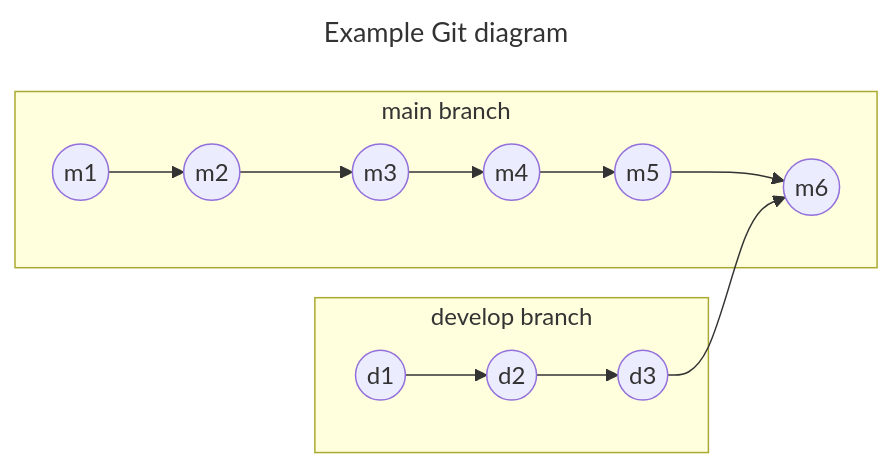
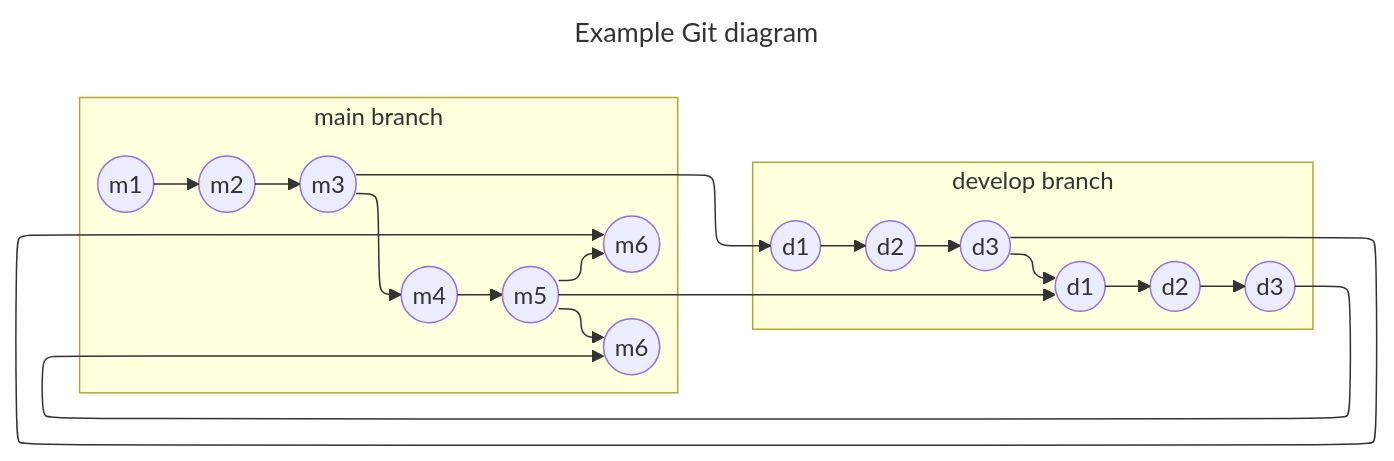
One commit to laurentcarrie/animated-mermaid changed the diagram in doc/src/git-linear-commit.md. Above: the diagram before and after it, drawn with Mermaid. The commit also changed 13 other files, not shown here.

````diff
--- a/doc/src/git-linear-commit.md
+++ b/doc/src/git-linear-commit.md
@@ -19,5 +19,10 @@
 ```mermaid
 ---
+
+config:
+  flowchart:
+    defaultRenderer: elk
+
 title: Example Git diagram
 
 animate-yml-file: git-animate.yml
@@ -33,14 +38,21 @@
     m4 
     m5 
     m6
+    mr6
 end
 
 subgraph develop branch
-    m3 
     d1 
     d2 
     d3
+    dr1
+    dr2
+    dr3
 end
+
+d3 ed3dr1@-->dr1
+
+
 
 m1 em1m2@-->m2
 m2 em2m3@-->m3
@@ -51,7 +63,13 @@
 d1 ed1d2@-->d2
 d2 ed2d3@-->d3
 d3 ed3m6@-->m6
+dr1 edr1dr2@-->dr2
+dr2 edr2dr3@-->dr3
+dr3 edr3mr6@-->mr6
 
+m3 em3d1@-->d1
+m5 em5dr1@-->dr1
+m5 em5mr6@-->mr6
 
 m1((m1)) ;
 m2((m2)) ;
@@ -59,20 +77,28 @@
 m4((m4)) ;
 m5((m5)) ;
 m6((m6)) ;
+mr6((m6)) ;
 
 d1((d1)) ;
 d2((d2)) ;
 d3((d3)) ;
+dr1((d1)) ;
+dr2((d2)) ;
+dr3((d3)) ;
 
-classDef class_on      stroke-width:1px,color:black,stroke:black ;
-classDef class_from    stroke:green,stroke-width:5px,color:black ;
-classDef class_to      stroke:red,stroke-width:5px,color:black ;
-classDef class_off     stroke-width:1px,color:white,stroke:white ;
-classDef class_edge    stroke-width:1px,color:black,stroke:black;
-classDef class_no_edge stroke-width:1px,stroke:white ;
-classDef animate stroke-dasharray: 9,5,stroke-dashoffset: 900,animation: dash 25s linear infinite,color black;
+classDef class_active_node      stroke-width:1px,color:black,stroke:black ;
+classDef class_from_node    stroke:green,stroke-width:5px,color:black ;
+classDef class_to_node      stroke:red,stroke-width:5px,color:black ;
+classDef class_hidden_node     stroke-width:1px,color:white,stroke:white ;
+classDef class_active_edge    stroke-width:1px,color:black,stroke:black;
+classDef class_hidden_edge stroke-width:1px,stroke:white ;
+classDef class_animate_edge stroke-dasharray: 9,5,stroke-dashoffset: 900,animation: dash 25s linear infinite,color black;
 
-%% mermaid-animate-tag rebase
+classDef class_old     stroke:#ccc,fill:#eee,color:#ccc;
+classDef class_old_edge stroke-width:1px,stroke:#ccc,troke-dasharray: 9,5,stroke-dashoffset: 900 ;
+class ed3d1r class_no_edge; 
+
+class em5mr6 class_no_edge;
 
 %% mermaid-animate-tag m1
 %% mermaid-animate-tag m2
@@ -80,10 +106,14 @@
 %% mermaid-animate-tag m4
 %% mermaid-animate-tag m5
 %% mermaid-animate-tag m6
+%% mermaid-animate-tag mr6
 
 %% mermaid-animate-tag d1
 %% mermaid-animate-tag d2
 %% mermaid-animate-tag d3
+%% mermaid-animate-tag dr1 
+%% mermaid-animate-tag dr2 
+%% mermaid-animate-tag dr3  
 
 
 %% mermaid-animate-tag em1m2
@@ -94,10 +124,16 @@
 %% mermaid-animate-tag em3d1
 %% mermaid-animate-tag ed1d2
 %% mermaid-animate-tag ed2d3
+%% mermaid-animate-tag ed3dr1
+%% mermaid-animate-tag ed3dr1
+%% mermaid-animate-tag edr1dr2
+%% mermaid-animate-tag edr2dr3
+%% mermaid-animate-tag edr3m6
+%% mermaid-animate-tag em5dr1
+%% mermaid-animate-tag edr3mr6
+%% mermaid-animate-tag em5mr6
 
 %% mermaid-animate-tag ed3m6
 %% mermaid-animate-tag em5d1
 
-
-
 ```
````
